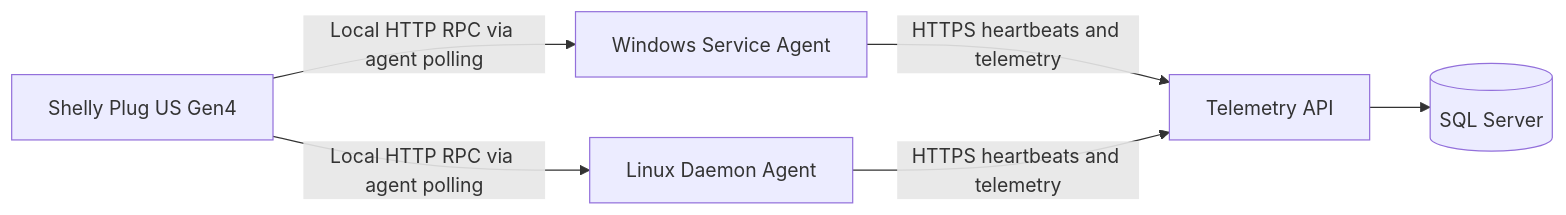
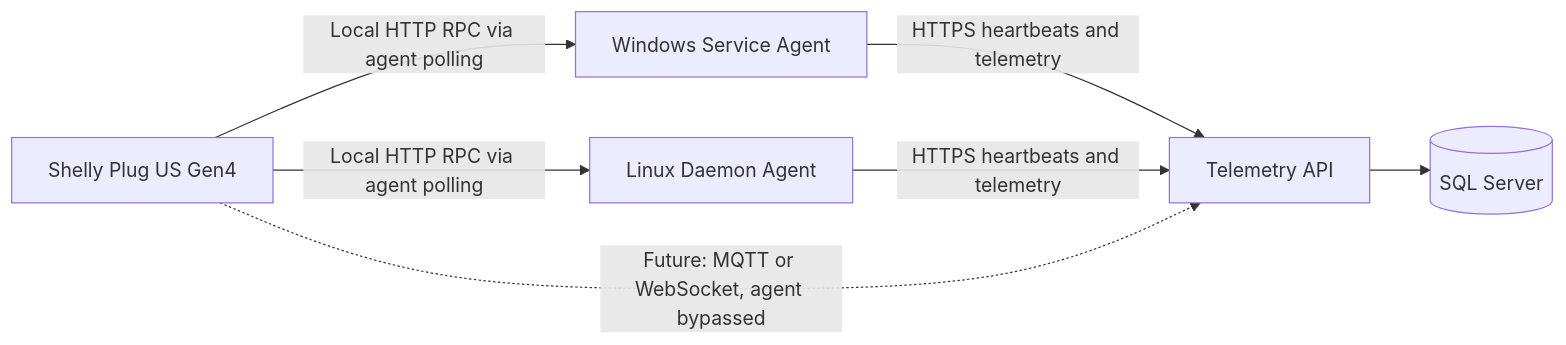
Before and after one commit to MCLifeLeader/System-Uptime-Tracker: the diagram in docs/architecture-overview.md, drawn with Mermaid. The commit also changed other lines of this file and 5 other files, not shown here.

````diff
--- a/docs/architecture-overview.md
+++ b/docs/architecture-overview.md
@@ -49,14 +51,15 @@
 ```mermaid
 flowchart LR
     WS[Windows Service Agent]
     LD[Linux Daemon Agent]
     SH[Shelly Plug US Gen4]
     API[Telemetry API]
     DB[(SQL Server)]
 
     WS -->|HTTPS heartbeats and telemetry| API
     LD -->|HTTPS heartbeats and telemetry| API
     SH -->|Local HTTP RPC via agent polling| WS
     SH -->|Local HTTP RPC via agent polling| LD
+    SH -.->|Future: MQTT or WebSocket, agent bypassed| API
     API --> DB
 ```
````
